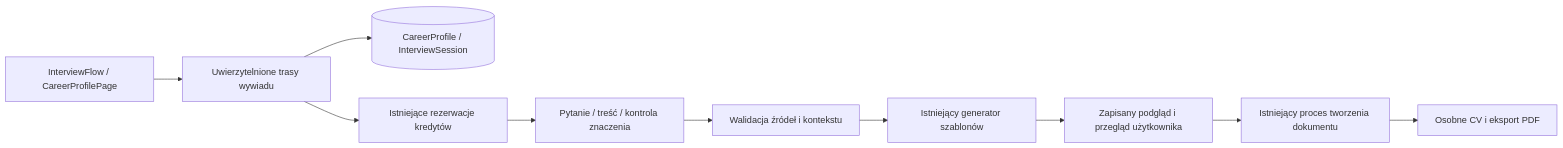
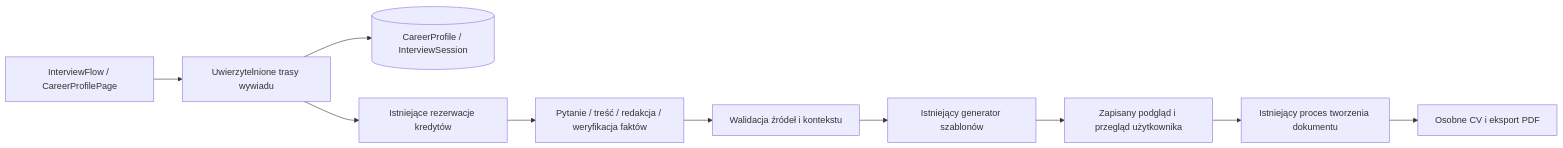
Before and after one commit to kamilwrz/pdf-generator: the second of 2 diagrams in docs/INTERVIEWS.md, drawn with Mermaid. The commit also changed other lines of this file and 22 other files, not shown here.

````diff
--- a/docs/INTERVIEWS.md
+++ b/docs/INTERVIEWS.md
@@ -217,12 +225,12 @@
 ```mermaid
 flowchart LR
     UI[InterviewFlow / CareerProfilePage] --> API[Uwierzytelnione trasy wywiadu]
     API --> DB[(CareerProfile / InterviewSession)]
     API --> Credits[Istniejące rezerwacje kredytów]
-    Credits --> AI[Pytanie / treść / kontrola znaczenia]
+    Credits --> AI[Pytanie / treść / redakcja / weryfikacja faktów]
     AI --> Grounding[Walidacja źródeł i kontekstu]
     Grounding --> Layout[Istniejący generator szablonów]
     Layout --> Review[Zapisany podgląd i przegląd użytkownika]
     Review --> Save[Istniejący proces tworzenia dokumentu]
     Save --> PDF[Osobne CV i eksport PDF]
 ```
````
